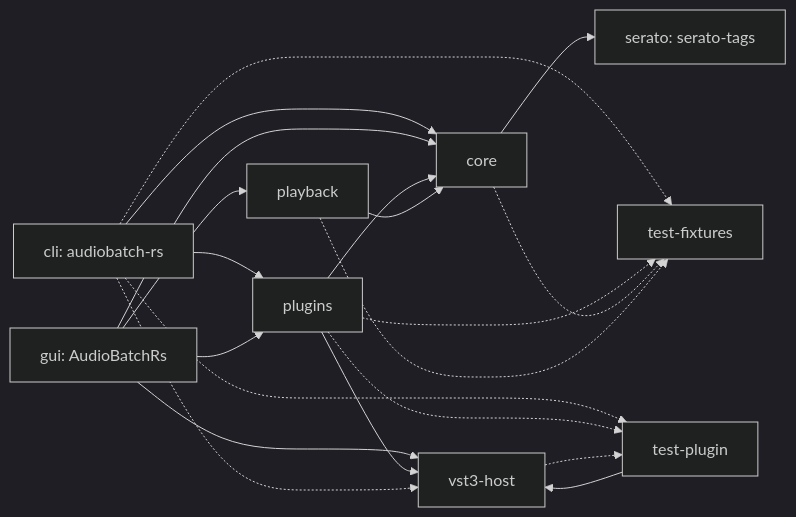
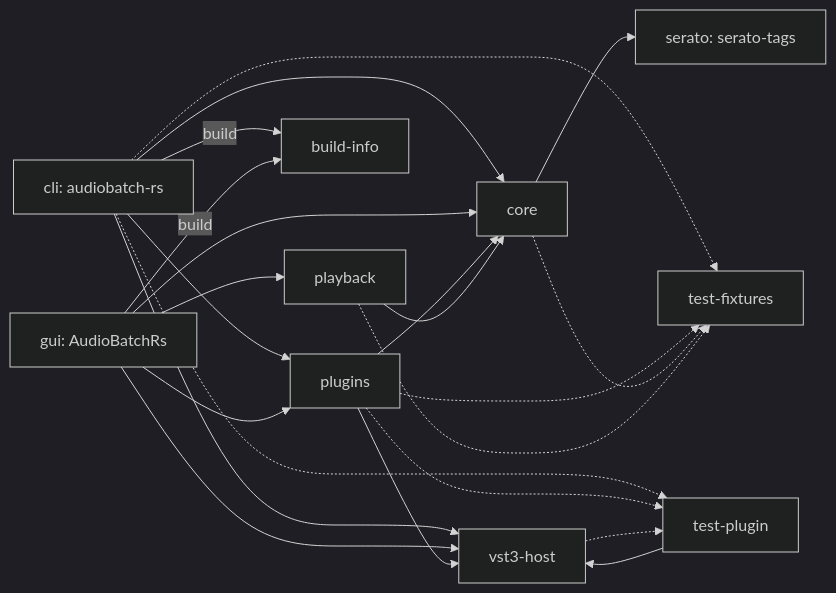
One commit to Esgrove/AudioBatch changed the first of 5 diagrams in rust/ARCHITECTURE.md. Above: the diagram before and after it, drawn with Mermaid (dark theme). The commit also changed other lines of this file and 7 other files, not shown here.

````diff
--- a/rust/ARCHITECTURE.md
+++ b/rust/ARCHITECTURE.md
@@ -13,25 +14,28 @@
 ```mermaid
 flowchart LR
     cli["cli: audiobatch-rs"]
     gui["gui: AudioBatchRs"]
     plugins["plugins"]
     playback["playback"]
     vst3host["vst3-host"]
     core["core"]
     serato["serato: serato-tags"]
     testplugin["test-plugin"]
     fixtures["test-fixtures"]
+    buildinfo["build-info"]
 
-    cli --> core & plugins
+    cli --> core & plugins & vst3host
+    cli -->|build| buildinfo
+    gui -->|build| buildinfo
     gui --> core & playback & plugins & vst3host
     plugins --> core & vst3host
     testplugin --> vst3host
     playback --> core
     core --> serato
 
-    cli -.-> vst3host & testplugin & fixtures
+    cli -.-> testplugin & fixtures
     plugins -.-> testplugin & fixtures
     vst3host -.-> testplugin
     core -.-> fixtures
     playback -.-> fixtures
 ```
````
